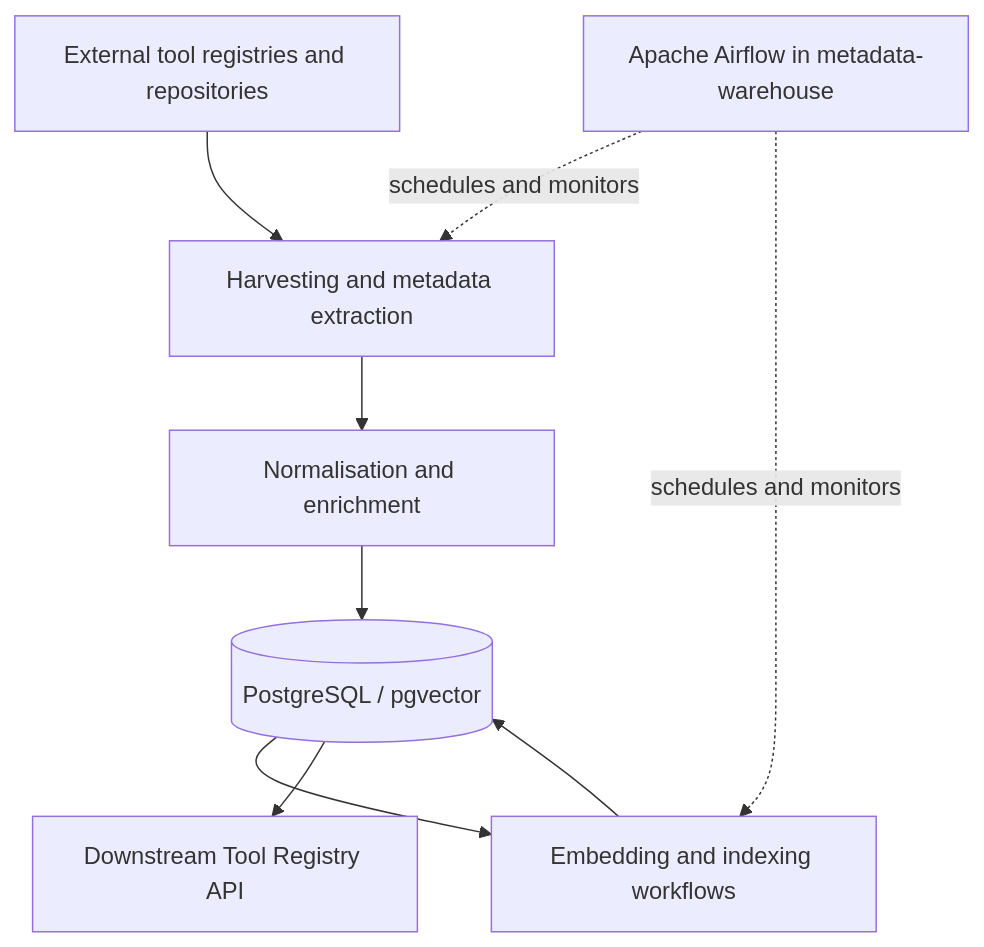
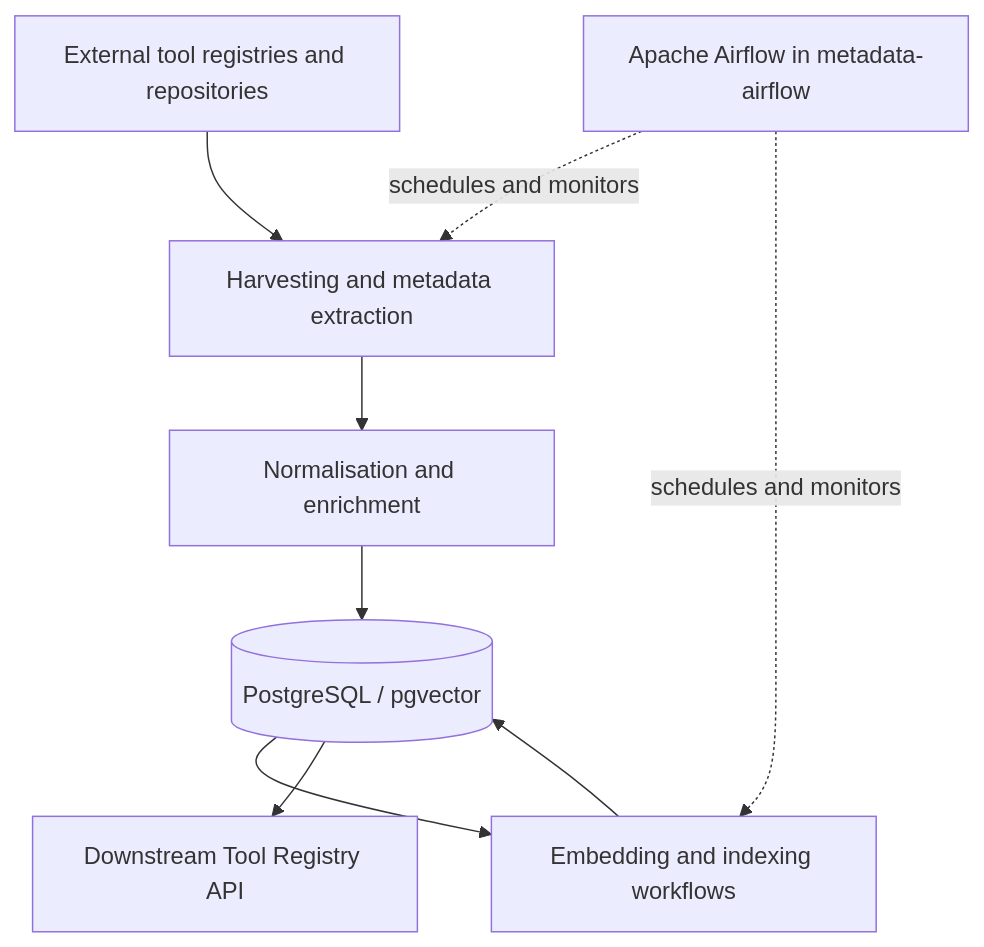
Before and after one commit to EOSC-Data-Commons/toolmeta-harvester: the diagram in README.md, drawn with Mermaid. The commit also changed other lines of this file and 4 other files, not shown here.

````diff
--- a/README.md
+++ b/README.md
@@ -24,11 +24,11 @@
 ```mermaid
 flowchart TD
     S[External tool registries and repositories] --> H[Harvesting and metadata extraction]
     H --> N[Normalisation and enrichment]
     N --> DB[(PostgreSQL / pgvector)]
     DB --> E[Embedding and indexing workflows]
     E --> DB
     DB --> API[Downstream Tool Registry API]
-    A[Apache Airflow in metadata-warehouse] -. schedules and monitors .-> H
+    A[Apache Airflow in metadata-airflow] -. schedules and monitors .-> H
     A -. schedules and monitors .-> E
 ```
````
